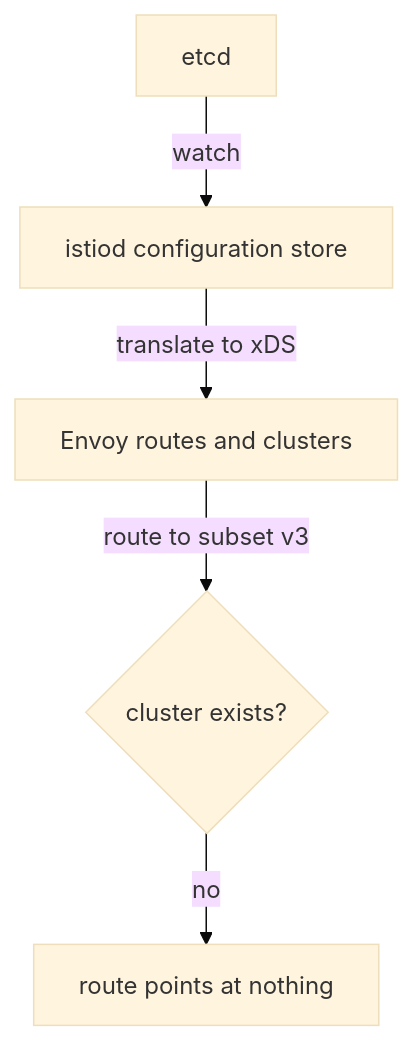
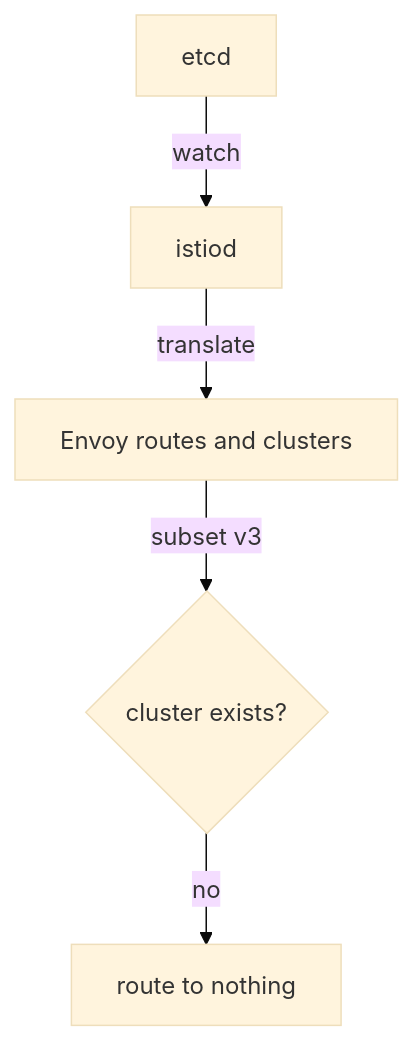
The second of 2 diagrams in sections/section-010/module-01/course-01-admission-and-the-analysis-gap.md (astrona-io/ATS016), drawn with Mermaid (base theme) before and after one commit. The commit also changed other lines of this file and 11 other files, not shown here.

````diff
--- a/sections/section-010/module-01/course-01-admission-and-the-analysis-gap.md
+++ b/sections/section-010/module-01/course-01-admission-and-the-analysis-gap.md
@@ -116,7 +110,7 @@
 ```mermaid
 flowchart TB
-    E["etcd"] -->|"watch"| S["istiod configuration store"]
-    S -->|"translate to xDS"| X["Envoy routes and clusters"]
-    X -->|"route to subset v3"| C{"cluster exists?"}
-    C -->|"no"| N["route points at nothing"]
+    E["etcd"] -->|"watch"| S["istiod"]
+    S -->|"translate"| X["Envoy routes and clusters"]
+    X -->|"subset v3"| C{"cluster exists?"}
+    C -->|"no"| N["route to nothing"]
 ```
````
